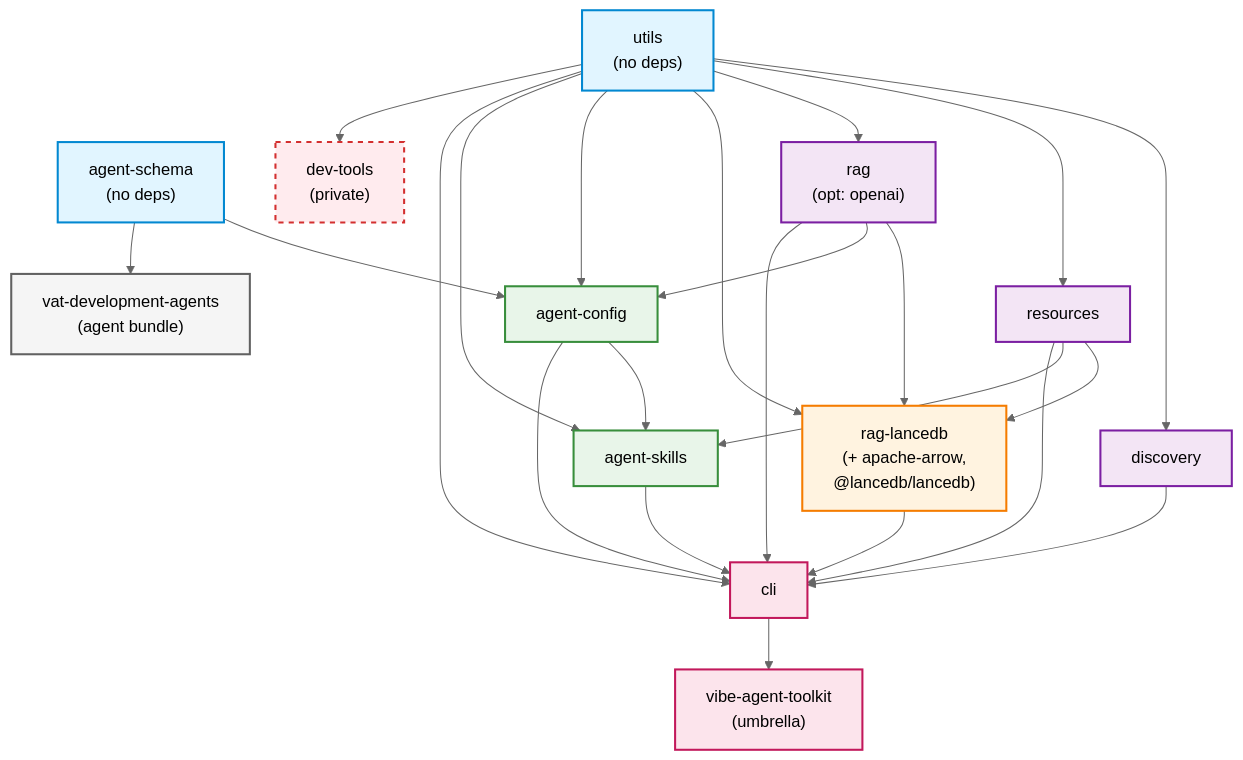
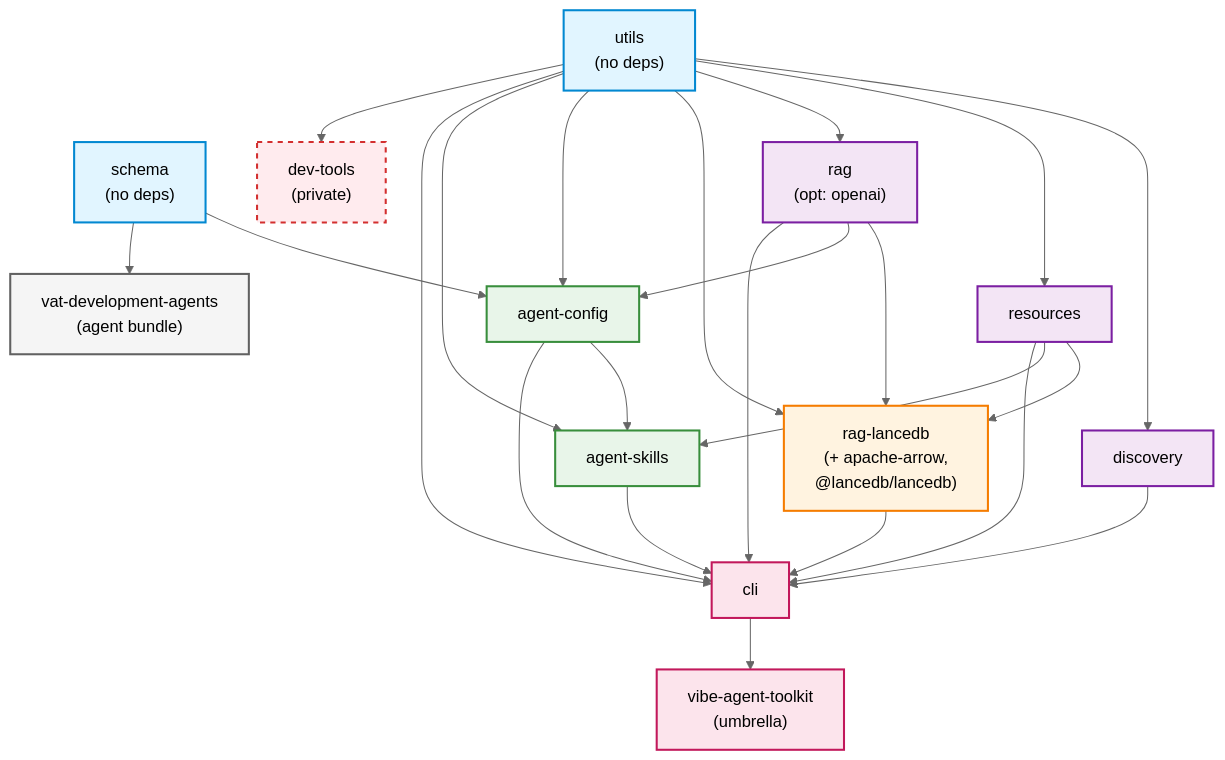
Before and after one commit to jdutton/vibe-agent-toolkit: the diagram in packages/README.md, drawn with Mermaid (neutral theme). The commit also changed other lines of this file and 685 other files, not shown here.

````diff
--- a/packages/README.md
+++ b/packages/README.md
@@ -26,74 +26,74 @@
 ```mermaid
 graph TD
     %% Foundation Layer
-    agent-schema["agent-schema<br/>(no deps)"]
+    schema["schema<br/>(no deps)"]
     utils["utils<br/>(no deps)"]
 
     %% File & Resource Layer
     discovery["discovery"]
     resources["resources"]
     rag["rag<br/>(opt: openai)"]
 
     %% RAG Implementation
     rag-lancedb["rag-lancedb<br/>(+ apache-arrow,<br/>@lancedb/lancedb)"]
 
     %% Configuration & Runtime
     agent-config["agent-config"]
     agent-skills["agent-skills"]
 
     %% CLI & Distribution
     cli["cli"]
     vibe-agent-toolkit["vibe-agent-toolkit<br/>(umbrella)"]
 
     %% Separate Hierarchies
     vat-development-agents["vat-development-agents<br/>(agent bundle)"]
     dev-tools["dev-tools<br/>(private)"]
 
     %% Dependencies
     utils --> discovery
     utils --> resources
     utils --> rag
 
     resources --> rag-lancedb
     rag --> rag-lancedb
     utils --> rag-lancedb
 
-    agent-schema --> agent-config
+    schema --> agent-config
     utils --> agent-config
     rag --> agent-config
 
     agent-config --> agent-skills
     resources --> agent-skills
     utils --> agent-skills
 
     agent-config --> cli
     discovery --> cli
     rag --> cli
     rag-lancedb --> cli
     resources --> cli
     agent-skills --> cli
     utils --> cli
 
     cli --> vibe-agent-toolkit
 
     %% Separate dependencies
-    agent-schema --> vat-development-agents
+    schema --> vat-development-agents
     utils --> dev-tools
 
     %% Styling
     classDef foundation fill:#e1f5ff,stroke:#0288d1,stroke-width:2px
     classDef fileResource fill:#f3e5f5,stroke:#7b1fa2,stroke-width:2px
     classDef ragImpl fill:#fff3e0,stroke:#f57c00,stroke-width:2px
     classDef config fill:#e8f5e9,stroke:#388e3c,stroke-width:2px
     classDef cliDist fill:#fce4ec,stroke:#c2185b,stroke-width:2px
     classDef separate fill:#f5f5f5,stroke:#616161,stroke-width:2px
     classDef private fill:#ffebee,stroke:#d32f2f,stroke-width:2px,stroke-dasharray: 5 5
 
-    class agent-schema,utils foundation
+    class schema,utils foundation
     class discovery,resources,rag fileResource
     class rag-lancedb ragImpl
     class agent-config,agent-skills config
     class cli,vibe-agent-toolkit cliDist
     class vat-development-agents separate
     class dev-tools private
 ```
````
